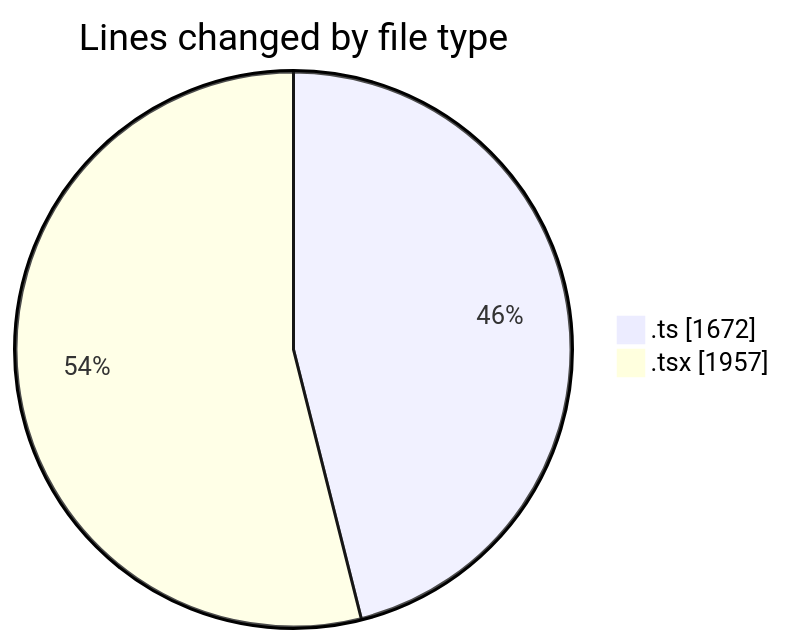
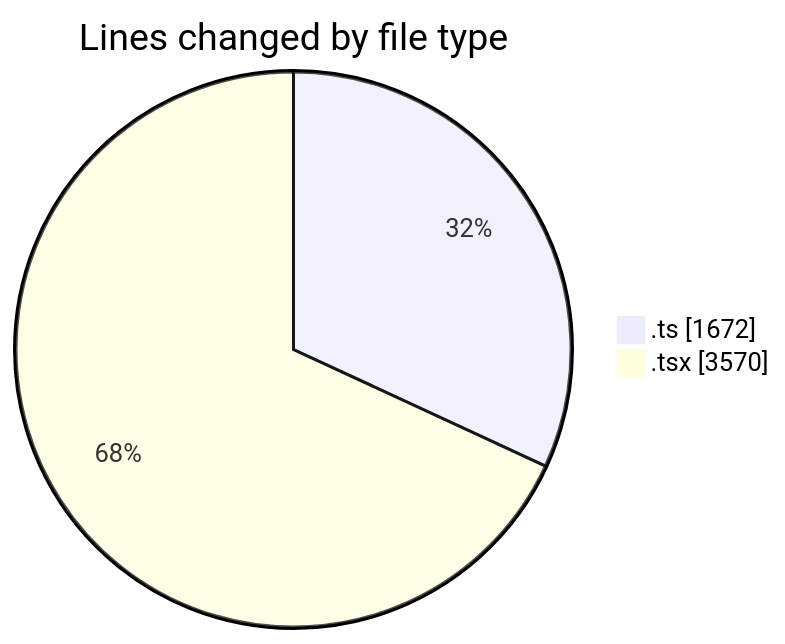
The first of 2 diagrams in 2026-08-21/nxtqube_webapp/README.md (nxtqubesakshisongat/code-tracking), drawn with Mermaid before and after one commit. The commit also changed other lines of this file and 1 other file, not shown here.

````diff
--- a/2026-08-21/nxtqube_webapp/README.md
+++ b/2026-08-21/nxtqube_webapp/README.md
@@ -31,6 +35,6 @@
 ```mermaid
 pie showData
 title Lines changed by file type
 ".ts" : 1672
-".tsx" : 1957
+".tsx" : 3570
 ```
````
